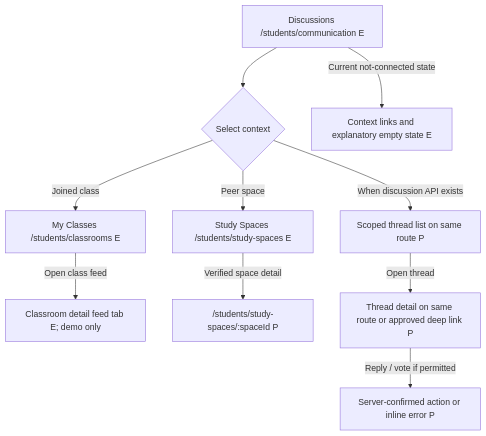
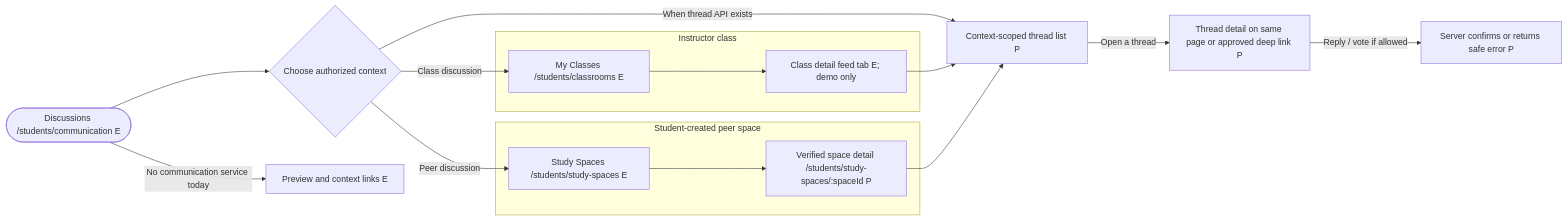
The seventh of 14 diagrams in OWLIO_STUDENT_SIDEBAR_WORKFLOW_PLAN.md (devCarlJoseph/owlio-app), drawn with Mermaid before and after one commit. The commit also changed other lines of this file and 1 other file, not shown here.

Commit message:
docs(workflows): render sidebar flows as grouped Mermaid diagrams

````diff
--- a/OWLIO_STUDENT_SIDEBAR_WORKFLOW_PLAN.md
+++ b/OWLIO_STUDENT_SIDEBAR_WORKFLOW_PLAN.md
@@ -437,12 +499,22 @@
 ```mermaid
-flowchart TD
-  DISC["Discussions /students/communication E"] --> CTX{"Select context"}
-  CTX -->|"Joined class"| CL["My Classes /students/classrooms E"]
-  CL -->|"Open class feed"| FEED["Classroom detail feed tab E; demo only"]
-  CTX -->|"Peer space"| SS["Study Spaces /students/study-spaces E"]
-  SS -->|"Verified space detail"| SP["/students/study-spaces/:spaceId P"]
-  CTX -->|"When discussion API exists"| LIST["Scoped thread list on same route P"]
-  LIST -->|"Open thread"| THREAD["Thread detail on same route or approved deep link P"]
-  THREAD -->|"Reply / vote if permitted"| SAVE["Server-confirmed action or inline error P"]
-  DISC -->|"Current not-connected state"| INFO["Context links and explanatory empty state E"]
+flowchart LR
+  DISC(["Discussions /students/communication E"]) --> CTX{"Choose authorized context"}
+  subgraph CLASS_CONTEXT["Instructor class"]
+    CL["My Classes /students/classrooms E"]
+    FEED["Class detail feed tab E; demo only"]
+    CL --> FEED
+  end
+  subgraph PEER_CONTEXT["Student-created peer space"]
+    SS["Study Spaces /students/study-spaces E"]
+    SP["Verified space detail /students/study-spaces/:spaceId P"]
+    SS --> SP
+  end
+  CTX -->|"Class discussion"| CL
+  CTX -->|"Peer discussion"| SS
+  CTX -->|"When thread API exists"| LIST["Context-scoped thread list P"]
+  FEED --> LIST
+  SP --> LIST
+  LIST -->|"Open a thread"| THREAD["Thread detail on same page or approved deep link P"]
+  THREAD -->|"Reply / vote if allowed"| SAVE["Server confirms or returns safe error P"]
+  DISC -->|"No communication service today"| INFO["Preview and context links E"]
 ```
````
